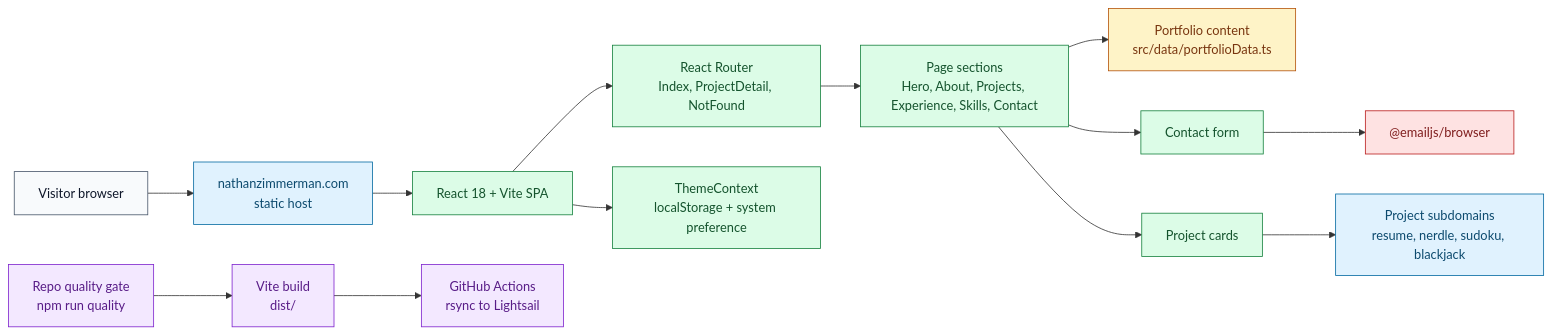
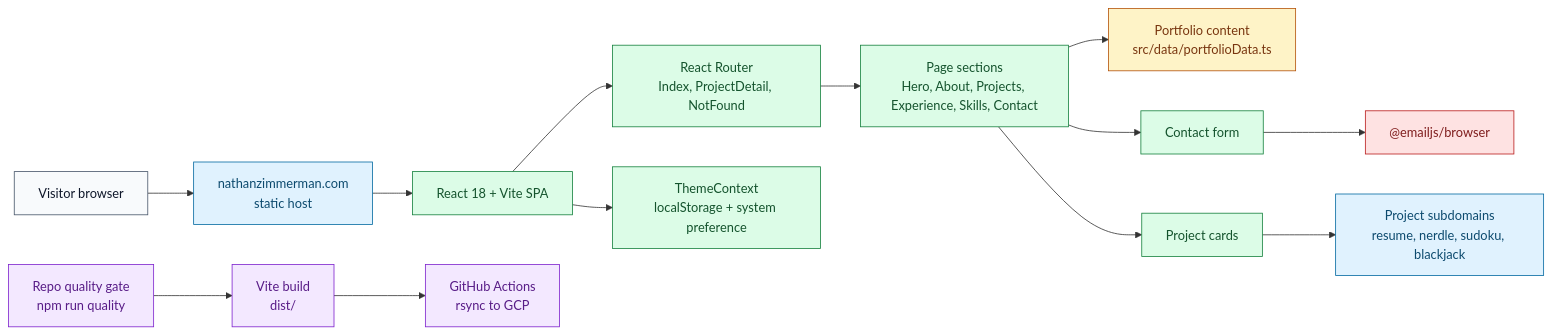
One commit to natezimm/nathanzimmerman.com changed the first of 2 diagrams in docs/architecture.md. Above: the diagram before and after it, drawn with Mermaid. The commit also changed other lines of this file and 2 other files, not shown here.

Commit message:
docs: replace remaining Lightsail references with GCP

````diff
--- a/docs/architecture.md
+++ b/docs/architecture.md
@@ -9,30 +9,30 @@
 ```mermaid
 flowchart LR
   Visitor["Visitor browser"] --> Site["nathanzimmerman.com<br/>static host"]
   Site --> App["React 18 + Vite SPA"]
   App --> Router["React Router<br/>Index, ProjectDetail, NotFound"]
   Router --> Sections["Page sections<br/>Hero, About, Projects, Experience, Skills, Contact"]
   Sections --> Content["Portfolio content<br/>src/data/portfolioData.ts"]
   App --> Theme["ThemeContext<br/>localStorage + system preference"]
   Sections --> Contact["Contact form"]
   Contact --> EmailJS["@emailjs/browser"]
   Sections --> Projects["Project cards"]
   Projects --> ProjectSites["Project subdomains<br/>resume, nerdle, sudoku, blackjack"]
   Repo["Repo quality gate<br/>npm run quality"] --> Build["Vite build<br/>dist/"]
-  Build --> Deploy["GitHub Actions<br/>rsync to Lightsail"]
+  Build --> Deploy["GitHub Actions<br/>rsync to GCP"]
 
   classDef user fill:#f8fafc,stroke:#475569,color:#0f172a
   classDef site fill:#e0f2fe,stroke:#0369a1,color:#0c4a6e
   classDef server fill:#ffedd5,stroke:#c2410c,color:#7c2d12
   classDef repo fill:#eef2ff,stroke:#4338ca,color:#312e81
   classDef client fill:#dcfce7,stroke:#15803d,color:#14532d
   classDef data fill:#fef3c7,stroke:#b45309,color:#78350f
   classDef delivery fill:#f3e8ff,stroke:#7e22ce,color:#581c87
   classDef external fill:#fee2e2,stroke:#b91c1c,color:#7f1d1d
   class Visitor user
   class Site,ProjectSites site
   class App,Router,Sections,Theme,Contact,Projects client
   class Content data
   class Repo,Build,Deploy delivery
   class EmailJS external
 ```
````
